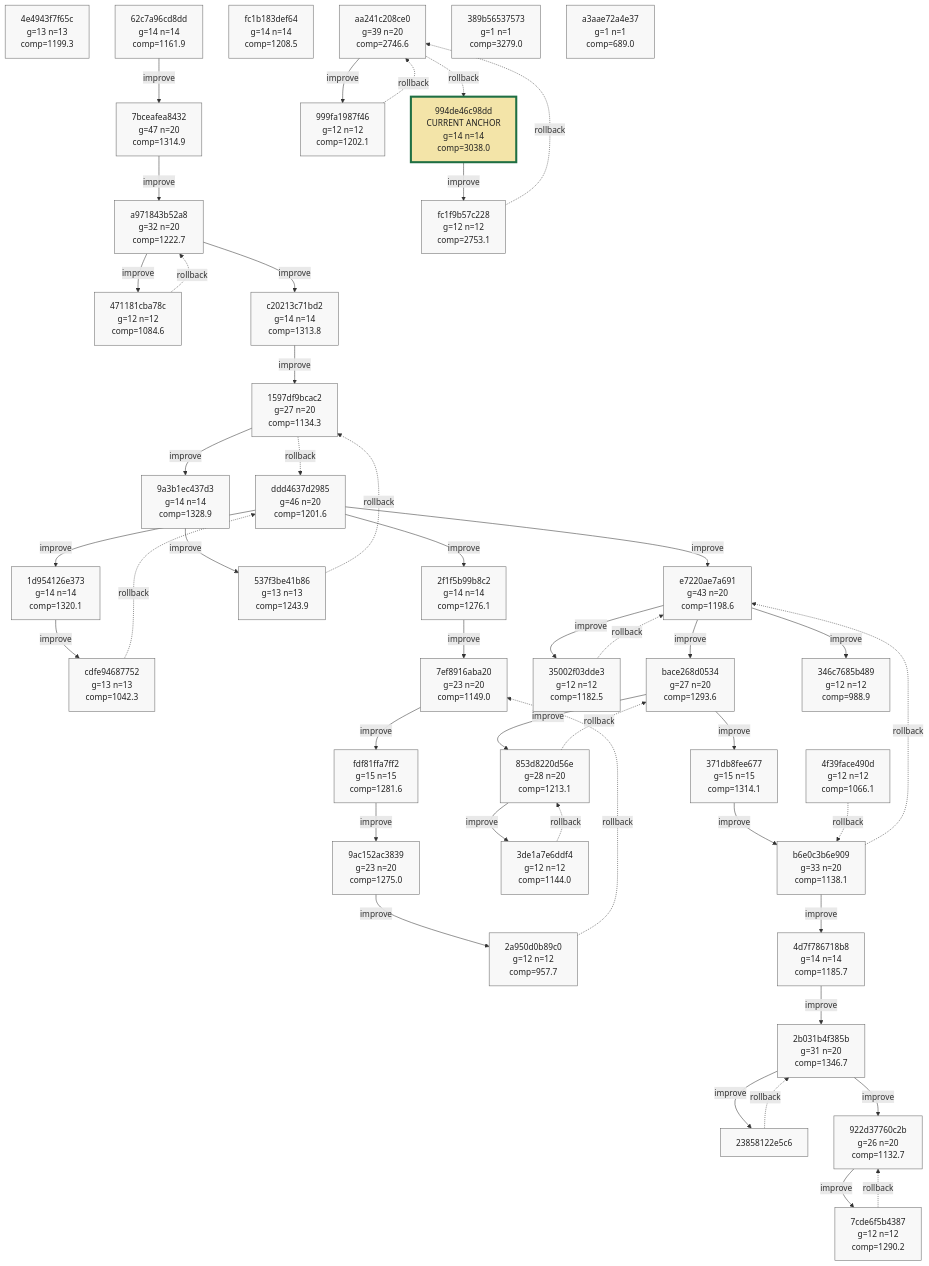
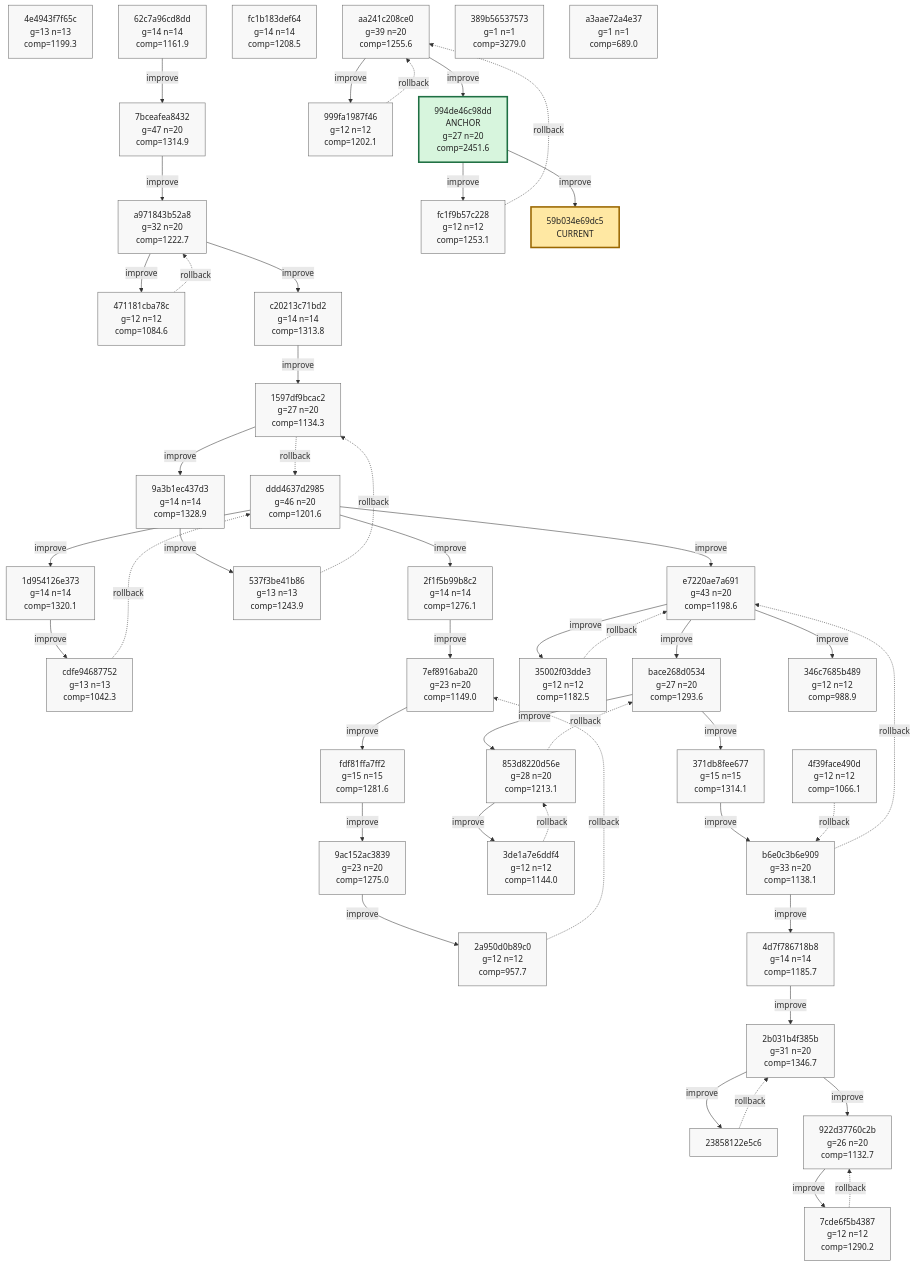
The ninth of 9 diagrams in phyrogenetic-tree.md (azumag/soviet_now), drawn with Mermaid before and after one commit. The commit also changed other lines of this file and 2 other files, not shown here.

Commit message:
eloop Improve after 12 games (scores: 3942 1329 1889 1240 2182 2338 4001 3000 4694 1901 936 1437)

````diff
--- a/phyrogenetic-tree.md
+++ b/phyrogenetic-tree.md
@@ -2276,12 +2276,13 @@
     h_fc1b183def64["fc1b183def64<br/>g=14 n=14<br/>comp=1208.5"]
     h_4f39face490d["4f39face490d<br/>g=12 n=12<br/>comp=1066.1"]
     h_346c7685b489["346c7685b489<br/>g=12 n=12<br/>comp=988.9"]
-    h_aa241c208ce0["aa241c208ce0<br/>g=39 n=20<br/>comp=2746.6"]
+    h_aa241c208ce0["aa241c208ce0<br/>g=39 n=20<br/>comp=1255.6"]
     h_999fa1987f46["999fa1987f46<br/>g=12 n=12<br/>comp=1202.1"]
-    h_994de46c98dd["994de46c98dd<br/>CURRENT ANCHOR<br/>g=14 n=14<br/>comp=3038.0"]
-    h_fc1f9b57c228["fc1f9b57c228<br/>g=12 n=12<br/>comp=2753.1"]
+    h_994de46c98dd["994de46c98dd<br/>ANCHOR<br/>g=27 n=20<br/>comp=2451.6"]
+    h_fc1f9b57c228["fc1f9b57c228<br/>g=12 n=12<br/>comp=1253.1"]
     h_389b56537573["389b56537573<br/>g=1 n=1<br/>comp=3279.0"]
     h_a3aae72a4e37["a3aae72a4e37<br/>g=1 n=1<br/>comp=689.0"]
+    h_59b034e69dc5["59b034e69dc5<br/>CURRENT"]
 
     h_ddd4637d2985 -->|improve| h_1d954126e373
     h_1d954126e373 -->|improve| h_cdfe94687752
@@ -2324,9 +2325,10 @@
     h_e7220ae7a691 -->|improve| h_346c7685b489
     h_aa241c208ce0 -->|improve| h_999fa1987f46
     h_999fa1987f46 -. rollback .-> h_aa241c208ce0
+    h_aa241c208ce0 -->|improve| h_994de46c98dd
     h_994de46c98dd -->|improve| h_fc1f9b57c228
     h_fc1f9b57c228 -. rollback .-> h_aa241c208ce0
-    h_aa241c208ce0 -. rollback .-> h_994de46c98dd
+    h_994de46c98dd -->|improve| h_59b034e69dc5
 
     classDef plain fill:#f8f8f8,stroke:#666,stroke-width:1px,color:#222;
     classDef current fill:#ffe8a3,stroke:#9a6700,stroke-width:3px,color:#222;
@@ -2367,8 +2369,9 @@
     class h_346c7685b489 plain;
     class h_aa241c208ce0 plain;
     class h_999fa1987f46 plain;
-    class h_994de46c98dd current_anchor;
+    class h_994de46c98dd anchor;
     class h_fc1f9b57c228 plain;
     class h_389b56537573 plain;
     class h_a3aae72a4e37 plain;
+    class h_59b034e69dc5 current;
 ```
````
